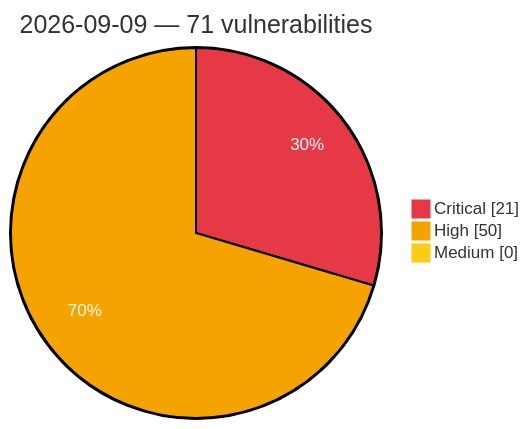
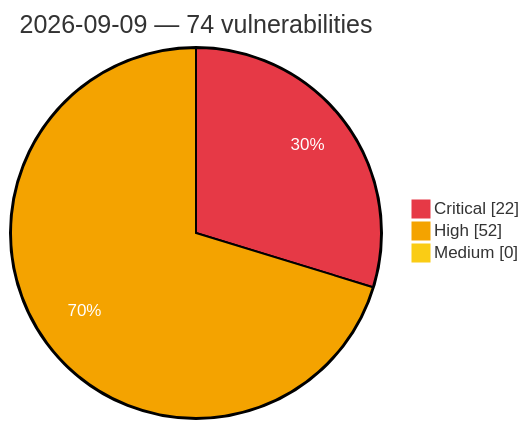
The diagram in vulnerabilities/2026/September/2026-09-09.md (GhostX0X/vuln-tracker), drawn with Mermaid before and after one commit. The commit also changed other lines of this file and 5 other files, not shown here.

Commit message:
Auto update: critical/high vulns (2026-09-10 01:17 UTC)

````diff
--- a/vulnerabilities/2026/September/2026-09-09.md
+++ b/vulnerabilities/2026/September/2026-09-09.md
@@ -3,8 +3,8 @@
 ```mermaid
 %%{init: {'theme':'base', 'themeVariables': {'pie1':'#e63946', 'pie2':'#f4a300', 'pie3':'#facc15', 'pieOpacity':'1', 'pieOuterStrokeWidth':'2px', 'pieSectionTextColor':'#ffffff'}}}%%
 pie showData
-    title 2026-09-09 — 71 vulnerabilities
-    "Critical" : 21
-    "High" : 50
+    title 2026-09-09 — 74 vulnerabilities
+    "Critical" : 22
+    "High" : 52
     "Medium" : 0
 ```
````
